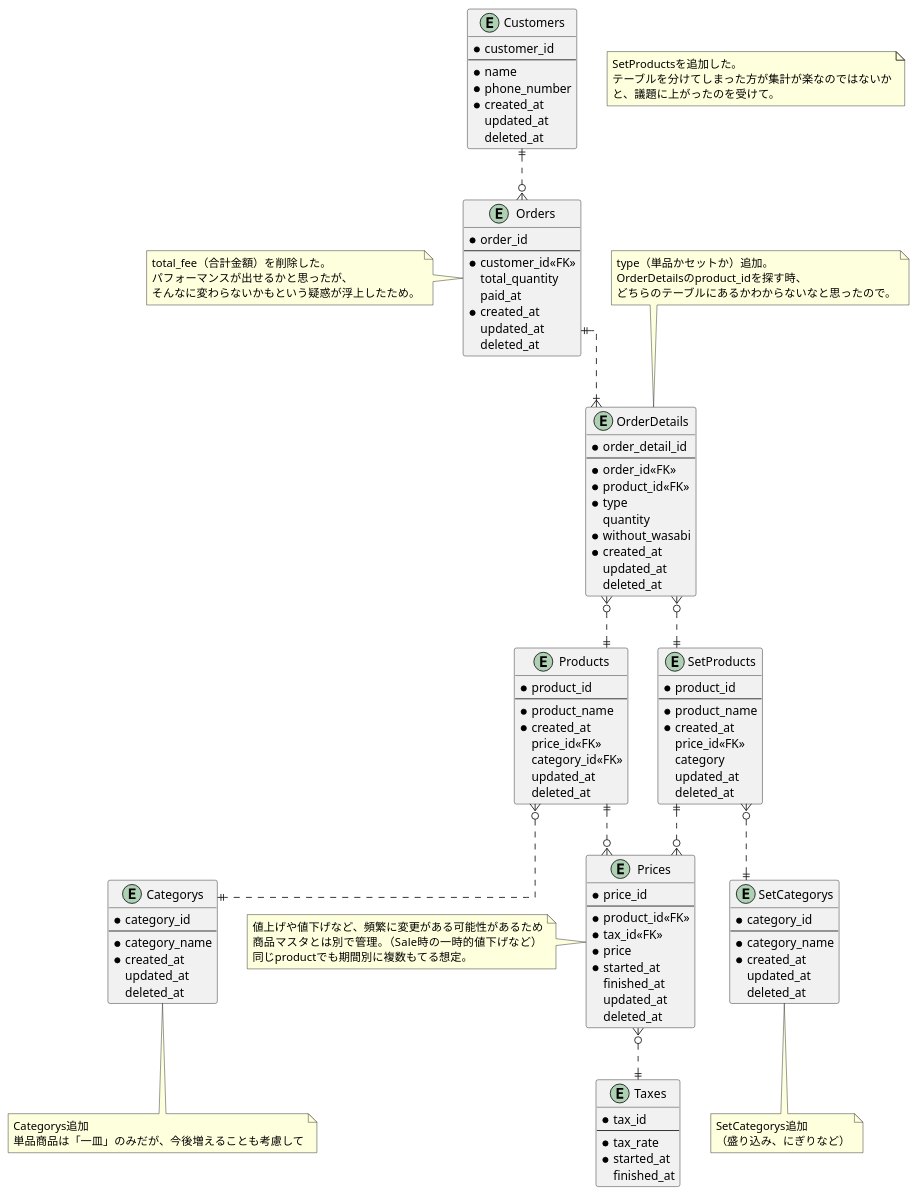
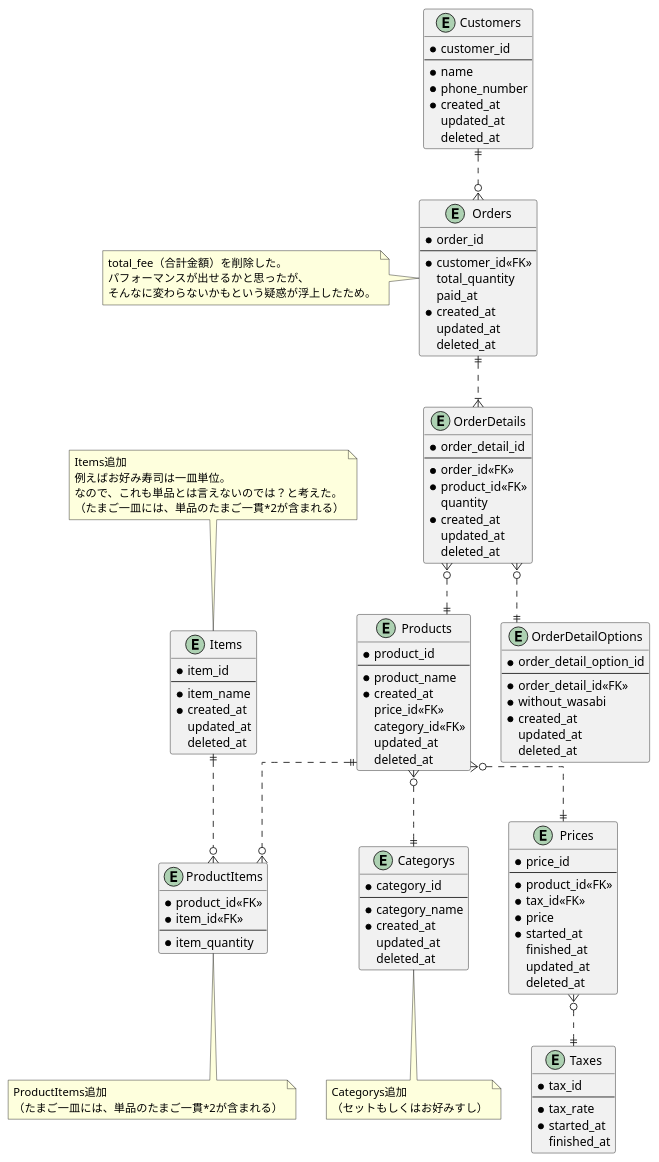
One commit to moritanuki/praha_challenge changed the diagram in 01_データベース設計/01_DBモデリング1/01_課題1/sushi_ordering_schema_01.puml. Above: the diagram before and after it, drawn with PlantUML. The commit also changed 5 other files, not shown here.

```diff
--- a/01_データベース設計/01_DBモデリング1/01_課題1/sushi_ordering_schema_01.puml
+++ b/01_データベース設計/01_DBモデリング1/01_課題1/sushi_ordering_schema_01.puml
@@ -1,154 +1,147 @@
 @startuml sushi_ordering_schema_01
 
 skinparam {
   ' カーディナリティ斜め対策
    linetype ortho
 }
 
-' 顧客マスタ
+' 顧客
 entity "Customers" as Customers {
   * customer_id
   --
   * name
   * phone_number
   * created_at
     updated_at
     deleted_at
 }
 
-' 単品商品マスタ
+' 商品
 entity "Products" as Products {
   * product_id
   --
   * product_name
   * created_at
     price_id<<FK>>
     category_id<<FK>>
     updated_at
     deleted_at
 }
 
-' 商品カテゴリマスタ
+' 商品カテゴリ
 entity "Categorys" as Categorys {
   * category_id
   --
   * category_name
   * created_at
     updated_at
     deleted_at
 }
 
 note bottom of Categorys
   Categorys追加
-  単品商品は「一皿」のみだが、今後増えることも考慮して
+  （セットもしくはお好みすし）
 end note
 
-' セット商品マスタ
-entity "SetProducts" as SetProducts {
-  * product_id
-  --
-  * product_name
-  * created_at
-    price_id<<FK>>
-    category
-    updated_at
-    deleted_at
-}
-
-' セット商品カテゴリマスタ
-entity "SetCategorys" as SetCategorys {
-  * category_id
-  --
-  * category_name
-  * created_at
-    updated_at
-    deleted_at
-}
-
-note bottom of SetCategorys
-  SetCategorys追加
-  （盛り込み、にぎりなど）
-end note
-
-' 商品金額テーブル
+' 商品金額
 entity "Prices" as Prices {
   * price_id
   --
   * product_id<<FK>>
   * tax_id<<FK>>
   * price
   * started_at
     finished_at
     updated_at
     deleted_at
 }
 
-note left of Prices
-  値上げや値下げなど、頻繁に変更がある可能性があるため
-  商品マスタとは別で管理。（Sale時の一時的値下げなど）
-  同じproductでも期間別に複数もてる想定。
+' 商品_単品
+entity "ProductItems" as ProductItems {
+  * product_id<<FK>>
+  * item_id<<FK>>
+  --
+  * item_quantity
+}
+
+note bottom of ProductItems
+  ProductItems追加
+  （たまご一皿には、単品のたまご一貫*2が含まれる）
 end note
 
-' 消費税マスタ
+' 単品
+entity "Items" as Items {
+  * item_id
+  --
+  * item_name
+  * created_at
+    updated_at
+    deleted_at
+}
+
+note top of Items
+  Items追加
+  例えばお好み寿司は一皿単位。
+  なので、これも単品とは言えないのでは？と考えた。
+  （たまご一皿には、単品のたまご一貫*2が含まれる）
+end note
+
+' 消費税
 entity "Taxes" as Taxes {
   * tax_id
   --
   * tax_rate
   * started_at
     finished_at
 }
 
-' 注文テーブル
+' 注文
 entity "Orders" as Orders {
   * order_id
   --
   * customer_id<<FK>>
     total_quantity
     paid_at
   * created_at
     updated_at
     deleted_at
 }
 
 note left of Orders
   total_fee（合計金額）を削除した。
   パフォーマンスが出せるかと思ったが、
   そんなに変わらないかもという疑惑が浮上したため。
 end note
 
 entity "OrderDetails" as OrderDetails {
   * order_detail_id
   --
   * order_id<<FK>>
   * product_id<<FK>>
-  * type
     quantity
+  * created_at
+    updated_at
+    deleted_at
+}
+
+entity "OrderDetailOptions" as OrderDetailOptions {
+  * order_detail_option_id
+  --
+  * order_detail_id<<FK>>
   * without_wasabi
   * created_at
     updated_at
     deleted_at
 }
 
-note top of OrderDetails
-  type（単品かセットか）追加。
-  OrderDetailsのproduct_idを探す時、
-  どちらのテーブルにあるかわからないなと思ったので。
-end note
-
 Customers ||..o{ Orders
 Orders ||..|{ OrderDetails
+OrderDetails }o..|| OrderDetailOptions
 OrderDetails }o..|| Products
-OrderDetails }o..|| SetProducts
-Products ||..o{ Prices
-SetProducts ||..o{ Prices
+Products ||..o{ ProductItems
+Items ||..o{ ProductItems
 Products }o..|| Categorys
-SetProducts }o..|| SetCategorys
+Products }o..|| Prices
 Prices }o..|| Taxes
 
-note as note1
-  SetProductsを追加した。
-  テーブルを分けてしまった方が集計が楽なのではないか
-  と、議題に上がったのを受けて。
-end note
-
 @enduml
```
